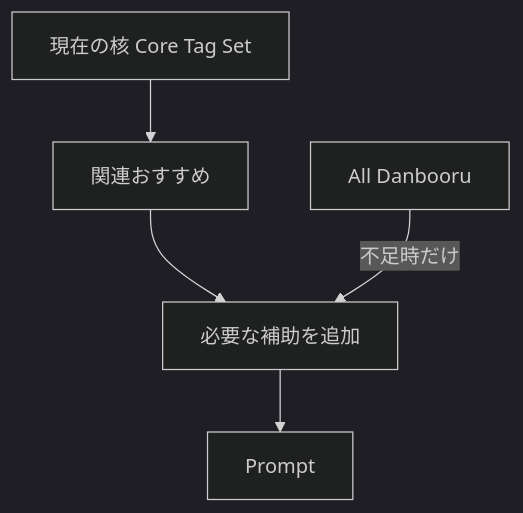
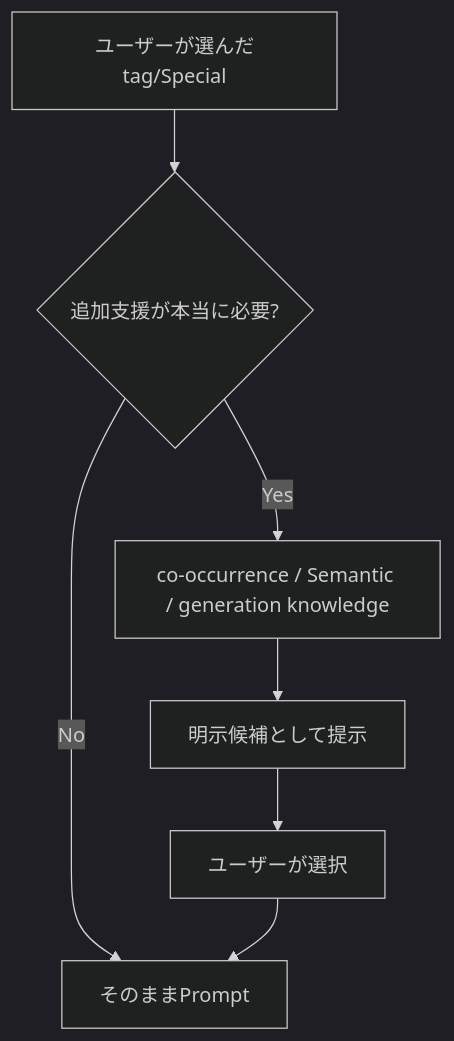
The sixth of 6 diagrams in docs/FLOWCHARTS.md (takasago181/DanbooruTagTool), drawn with Mermaid (dark theme) before and after one commit. The commit also changed other lines of this file, not shown here.

Commit message:
docs: replace legacy flowcharts with current v1 flow

````diff
--- a/docs/FLOWCHARTS.md
+++ b/docs/FLOWCHARTS.md
@@ -116,7 +90,9 @@
 ```mermaid
 flowchart TD
- A[現在の核 Core Tag Set] --> B[関連おすすめ]
- B --> C[必要な補助を追加]
- C --> D[Prompt]
- E[All Danbooru] -->|不足時だけ| C
+ A[ユーザーが選んだtag/Special] --> B{追加支援が本当に必要?}
+ B -- No --> C[そのままPrompt]
+ B -- Yes --> D[co-occurrence / Semantic / generation knowledge]
+ D --> E[明示候補として提示]
+ E --> F[ユーザーが選択]
+ F --> C
 ```
````
